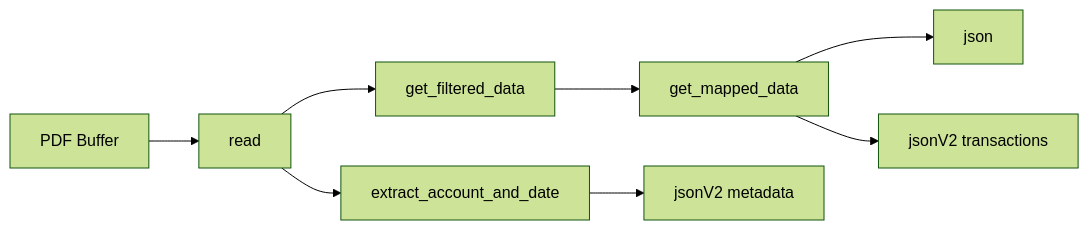
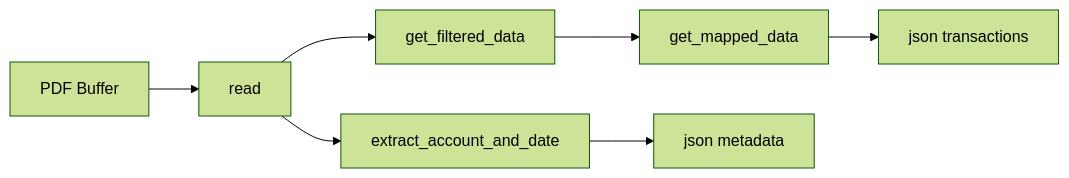
Before and after one commit to nordinz7/maybankpdf2json: the diagram in README.md, drawn with Mermaid (forest theme). The commit also changed other lines of this file and 5 other files, not shown here.

````diff
--- a/README.md
+++ b/README.md
@@ -155,10 +113,9 @@
 ```mermaid
 graph LR
   A[PDF Buffer] --> B[read]
   B --> C[get_filtered_data]
   C --> D[get_mapped_data]
   B --> E[extract_account_and_date]
-  D --> F[json]
-  D --> G[jsonV2 transactions]
-  E --> H[jsonV2 metadata]
+  D --> F[json transactions]
+  E --> G[json metadata]
 ```
````
